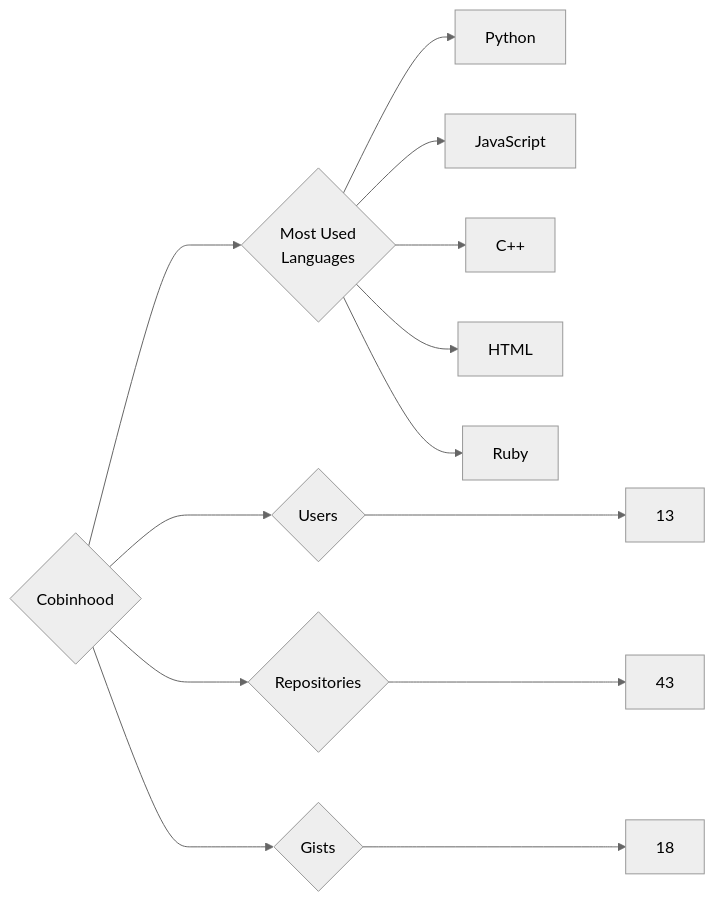
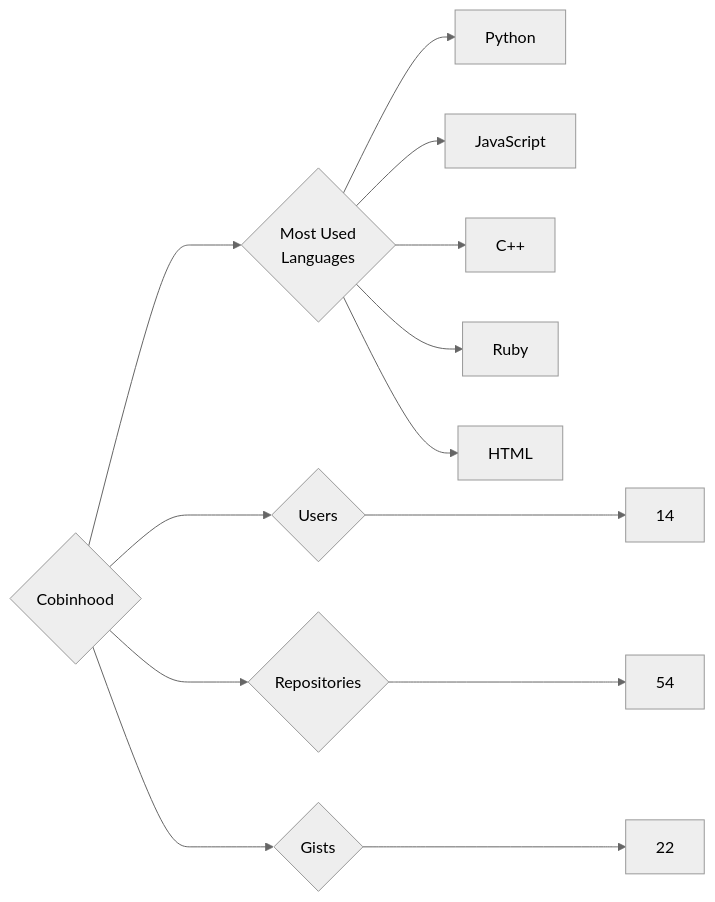
The diagram in targets/Cobinhood/README.md (trickest/insiders), drawn with Mermaid (neutral theme) before and after one commit. The commit also changed 618 other files, not shown here.

````diff
--- a/targets/Cobinhood/README.md
+++ b/targets/Cobinhood/README.md
@@ -3,13 +3,13 @@
 ```mermaid
 graph LR
 COMPANY_NAME{Cobinhood}
-COMPANY_NAME ---> U{Users} ---> UN[13]
-COMPANY_NAME ---> R{Repositories} ---> RN[43]
-COMPANY_NAME ---> G{Gists} ---> GN[18]
+COMPANY_NAME ---> U{Users} ---> UN[14]
+COMPANY_NAME ---> R{Repositories} ---> RN[54]
+COMPANY_NAME ---> G{Gists} ---> GN[22]
 COMPANY_NAME ---> ML{Most Used<br>Languages}
 ML --> Python[Python]
 ML --> JavaScript[JavaScript]
 ML --> C++[C++]
+ML --> Ruby[Ruby]
 ML --> HTML[HTML]
-ML --> Ruby[Ruby]
 ```
````
